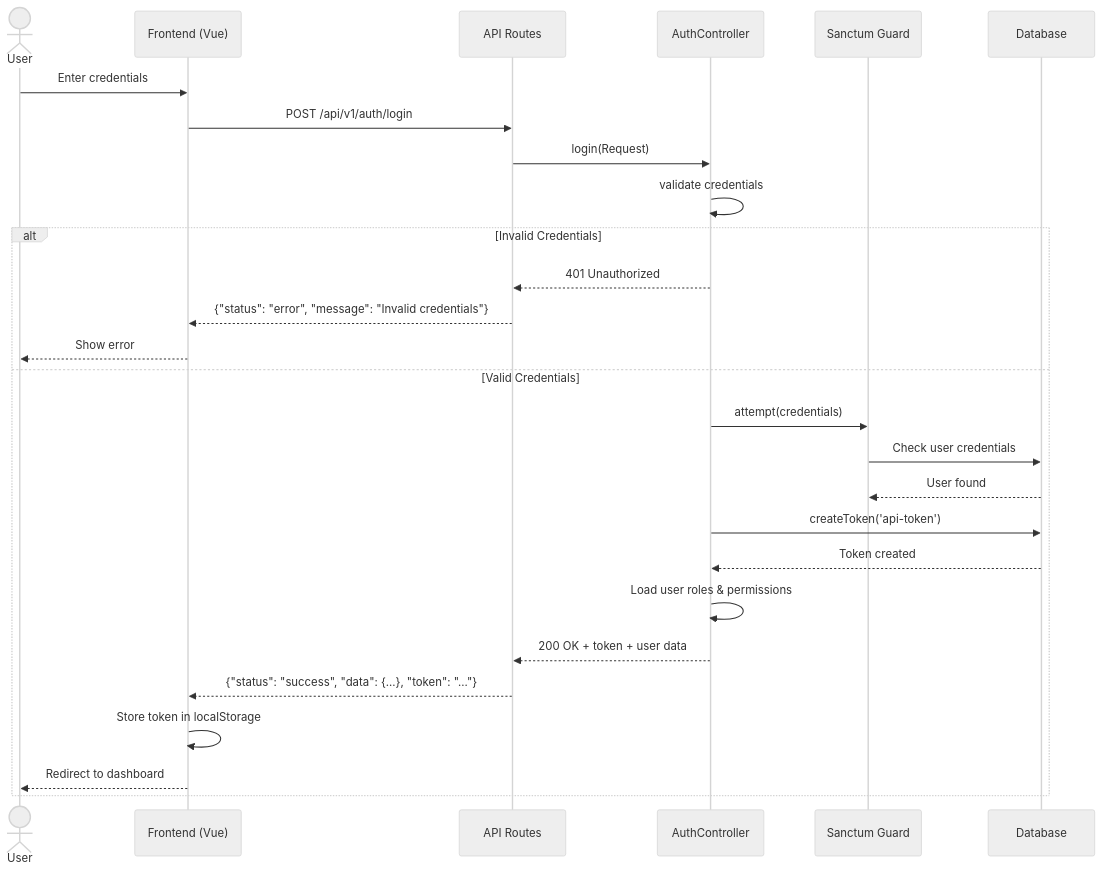
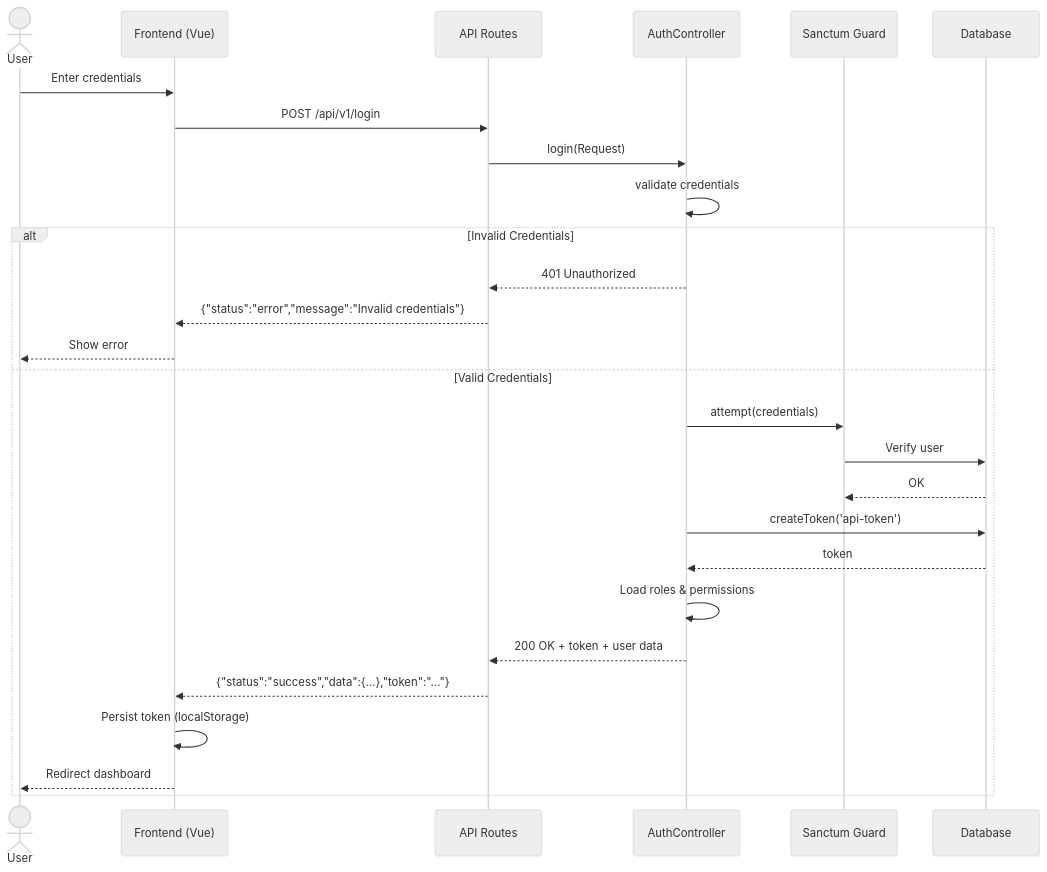
The second of 9 diagrams in docs/UML_DIAGRAMS.md (apinlight/Backend-of-SIPB), drawn with Mermaid (neutral theme) before and after one commit. The commit also changed other lines of this file and 2 other files, not shown here.

````diff
--- a/docs/UML_DIAGRAMS.md
+++ b/docs/UML_DIAGRAMS.md
@@ -214,33 +221,30 @@
 ```mermaid
 sequenceDiagram
     actor User
     participant FE as Frontend (Vue)
     participant API as API Routes
     participant Ctrl as AuthController
     participant Guard as Sanctum Guard
     participant DB as Database
 
     User->>FE: Enter credentials
-    FE->>API: POST /api/v1/auth/login
+    FE->>API: POST /api/v1/login
     API->>Ctrl: login(Request)
-    
     Ctrl->>Ctrl: validate credentials
     alt Invalid Credentials
         Ctrl-->>API: 401 Unauthorized
-        API-->>FE: {"status": "error", "message": "Invalid credentials"}
+        API-->>FE: {"status":"error","message":"Invalid credentials"}
         FE-->>User: Show error
     else Valid Credentials
         Ctrl->>Guard: attempt(credentials)
-        Guard->>DB: Check user credentials
-        DB-->>Guard: User found
-        
+        Guard->>DB: Verify user
+        DB-->>Guard: OK
         Ctrl->>DB: createToken('api-token')
-        DB-->>Ctrl: Token created
-        
-        Ctrl->>Ctrl: Load user roles & permissions
+        DB-->>Ctrl: token
+        Ctrl->>Ctrl: Load roles & permissions
         Ctrl-->>API: 200 OK + token + user data
-        API-->>FE: {"status": "success", "data": {...}, "token": "..."}
-        FE->>FE: Store token in localStorage
-        FE-->>User: Redirect to dashboard
+        API-->>FE: {"status":"success","data":{...},"token":"..."}
+        FE->>FE: Persist token (localStorage)
+        FE-->>User: Redirect dashboard
     end
 ```
````
